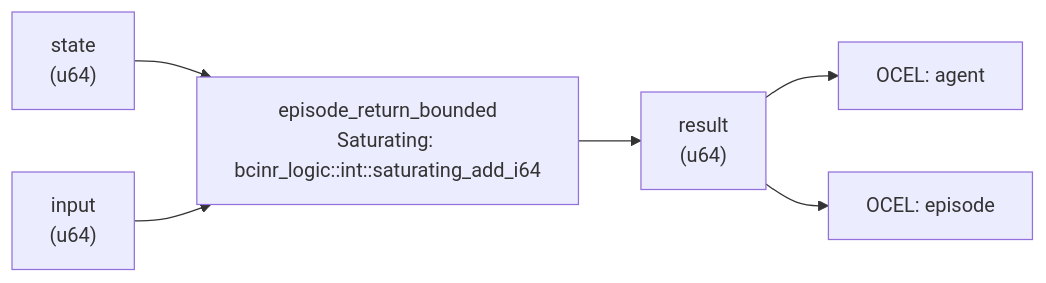
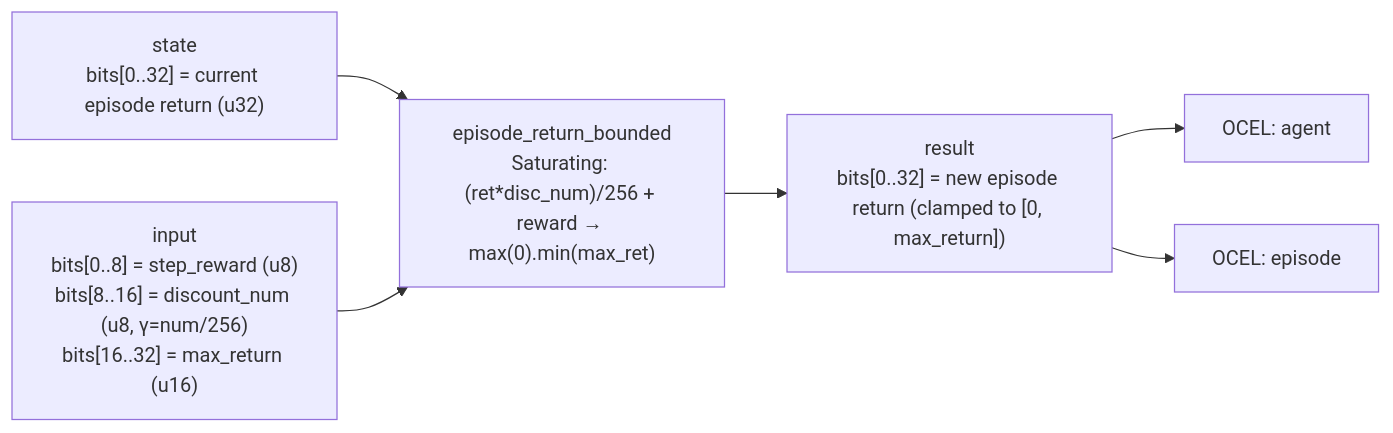
Before and after one commit to seanchatmangpt/bcinr: the diagram in crates/wasm4games/docs/patterns/episode_return_bounded.md, drawn with Mermaid. The commit also changed other lines of this file and 36 other files, not shown here.

````diff
--- a/crates/wasm4games/docs/patterns/episode_return_bounded.md
+++ b/crates/wasm4games/docs/patterns/episode_return_bounded.md
@@ -56,14 +38,14 @@
 ```mermaid
 graph LR
-    state["state\n(u64)"]
-    input["input\n(u64)"]
-    kernel["episode_return_bounded\nSaturating: bcinr_logic::int::saturating_add_i64"]
-    result["result\n(u64)"]
+    state["state\nbits[0..32] = current episode return (u32)"]
+    input["input\nbits[0..8] = step_reward (u8)\nbits[8..16] = discount_num (u8, γ=num/256)\nbits[16..32] = max_return (u16)"]
+    kernel["episode_return_bounded\nSaturating: (ret*disc_num)/256 + reward → max(0).min(max_ret)"]
+    result["result\nbits[0..32] = new episode return (clamped to [0, max_return])"]
     state --> kernel
     input --> kernel
     kernel --> result
     ocel_0["OCEL: agent"]
     result --> ocel_0
     ocel_1["OCEL: episode"]
     result --> ocel_1
 ```
````
